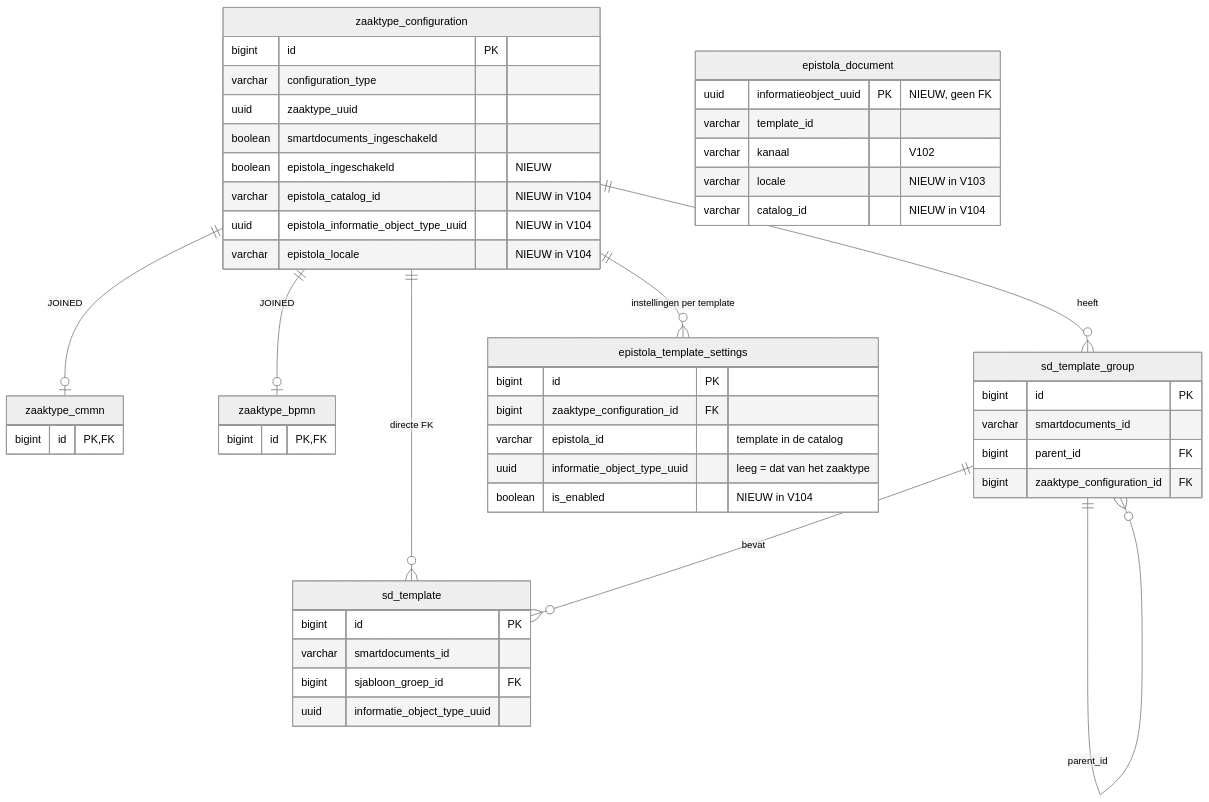
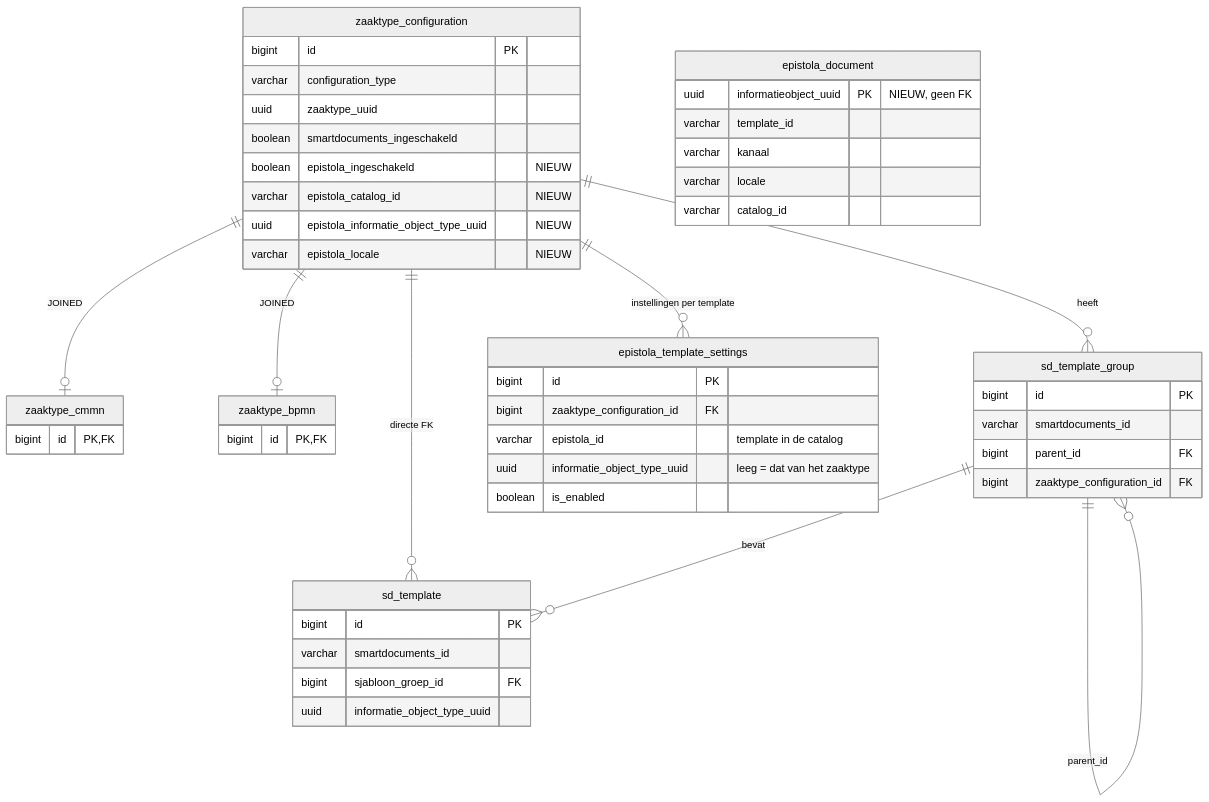
One commit to infonl/zac-epistola-prototype changed the diagram in docs/epistola/datamodel.md. Above: the diagram before and after it, drawn with Mermaid (neutral theme). The commit also changed other lines of this file and 14 other files, not shown here.

````diff
--- a/docs/epistola/datamodel.md
+++ b/docs/epistola/datamodel.md
@@ -26,53 +25,53 @@
 ```mermaid
 erDiagram
     zaaktype_configuration ||--o| zaaktype_cmmn : "JOINED"
     zaaktype_configuration ||--o| zaaktype_bpmn : "JOINED"
     zaaktype_configuration ||--o{ sd_template_group : heeft
     zaaktype_configuration ||--o{ sd_template : "directe FK"
     zaaktype_configuration ||--o{ epistola_template_settings : "instellingen per template"
     sd_template_group ||--o{ sd_template : bevat
     sd_template_group ||--o{ sd_template_group : parent_id
 
     zaaktype_configuration {
         bigint id PK
         varchar configuration_type
         uuid zaaktype_uuid
         boolean smartdocuments_ingeschakeld
         boolean epistola_ingeschakeld "NIEUW"
-        varchar epistola_catalog_id "NIEUW in V104"
-        uuid epistola_informatie_object_type_uuid "NIEUW in V104"
-        varchar epistola_locale "NIEUW in V104"
+        varchar epistola_catalog_id "NIEUW"
+        uuid epistola_informatie_object_type_uuid "NIEUW"
+        varchar epistola_locale "NIEUW"
     }
     zaaktype_cmmn {
         bigint id PK,FK
     }
     zaaktype_bpmn {
         bigint id PK,FK
     }
     sd_template_group {
         bigint id PK
         varchar smartdocuments_id
         bigint parent_id FK
         bigint zaaktype_configuration_id FK
     }
     sd_template {
         bigint id PK
         varchar smartdocuments_id
         bigint sjabloon_groep_id FK
         uuid informatie_object_type_uuid
     }
     epistola_template_settings {
         bigint id PK
         bigint zaaktype_configuration_id FK
         varchar epistola_id "template in de catalog"
         uuid informatie_object_type_uuid "leeg = dat van het zaaktype"
-        boolean is_enabled "NIEUW in V104"
+        boolean is_enabled
     }
     epistola_document {
         uuid informatieobject_uuid PK "NIEUW, geen FK"
         varchar template_id
-        varchar kanaal "V102"
-        varchar locale "NIEUW in V103"
-        varchar catalog_id "NIEUW in V104"
+        varchar kanaal
+        varchar locale
+        varchar catalog_id
     }
 ```
````
